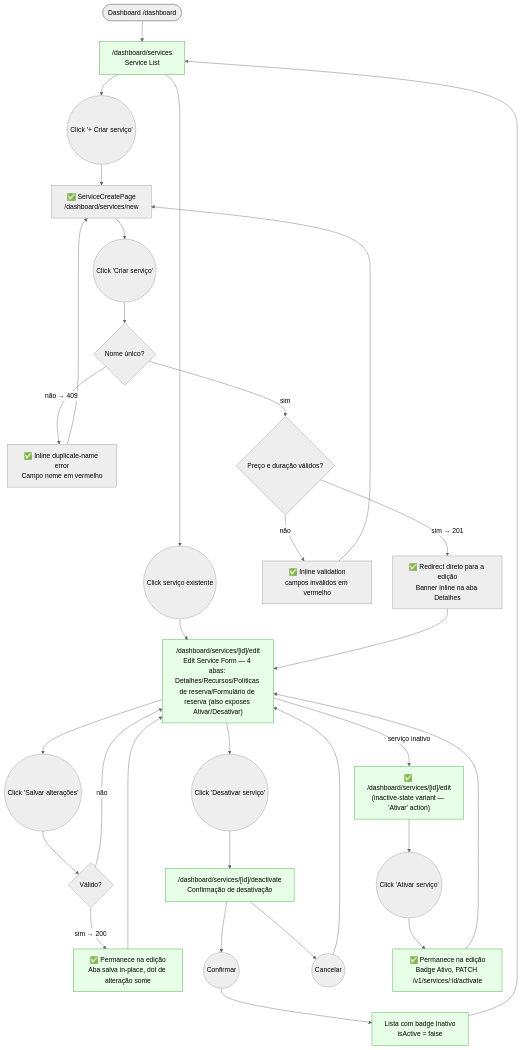
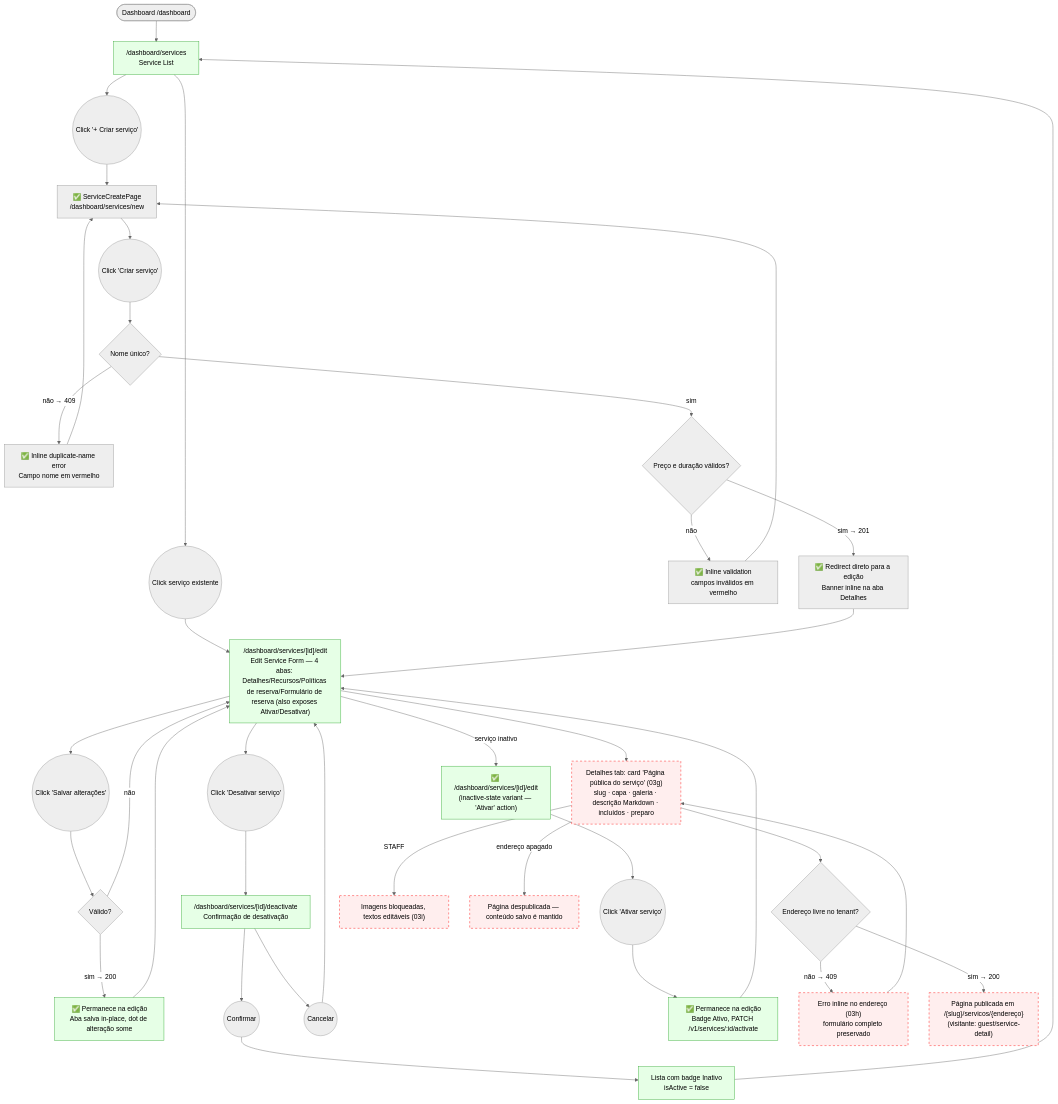
One commit to lmmoreira/ikaro changed the diagram in journeys/staff/servicos.md. Above: the diagram before and after it, drawn with Mermaid (neutral theme). The commit also changed other lines of this file and 20 other files, not shown here.

First line of the commit message:
docs(hotsite): prototype service public page and lock TD56 Story 3 after story-discovery

````diff
--- a/journeys/staff/servicos.md
+++ b/journeys/staff/servicos.md
@@ -10,47 +10,57 @@
 ```mermaid
 flowchart TD
     classDef existing fill:#e6ffe6,stroke:#3a3
     classDef gap stroke:#f00,stroke-dasharray: 5 5,fill:#fee
 
     Start(["Dashboard /dashboard"]) --> List["/dashboard/services<br/>Service List"]
 
     List --> CreateBtn(("Click '+ Criar serviço'"))
     List --> EditClick(("Click serviço existente"))
 
     %% UC-012 — Create
     CreateBtn --> CreateForm["✅ ServiceCreatePage<br/>/dashboard/services/new"]
     CreateForm --> CreateSubmit(("Click 'Criar serviço'"))
     CreateSubmit --> NameCheck{"Nome único?"}
     NameCheck -- "não → 409" --> NameError["✅ Inline duplicate-name error<br/>Campo nome em vermelho"]
     NameError --> CreateForm
     NameCheck -- "sim" --> PriceCheck{"Preço e duração válidos?"}
     PriceCheck -- "não" --> ValError["✅ Inline validation<br/>campos inválidos em vermelho"]
     ValError --> CreateForm
     PriceCheck -- "sim → 201" --> CreateSuccess["✅ Redirect direto para a edição<br/>Banner inline na aba Detalhes"]
 
     %% UC-013 — Edit
     EditClick --> EditForm["/dashboard/services/[id]/edit<br/>Edit Service Form — 4 abas: Detalhes/Recursos/Políticas de reserva/Formulário de reserva (also exposes Ativar/Desativar)"]
     EditForm --> EditSubmit(("Click 'Salvar alterações'"))
     EditSubmit --> EditCheck{"Válido?"}
     EditCheck -- "não" --> EditForm
     EditCheck -- "sim → 200" --> EditSuccess["✅ Permanece na edição<br/>Aba salva in-place, dot de alteração some"]
 
     EditForm --> DeactivateBtn(("Click 'Desativar serviço'"))
     DeactivateBtn --> DeactivateConfirm["/dashboard/services/[id]/deactivate<br/>Confirmação de desativação"]
     DeactivateConfirm --> ConfirmYes(("Confirmar"))
     DeactivateConfirm --> ConfirmNo(("Cancelar"))
     ConfirmYes --> DeactivateSuccess["Lista com badge Inativo<br/>isActive = false"]
     ConfirmNo --> EditForm
 
     %% UC-013 A4 — Reactivate (inactive service)
     EditForm -- "serviço inativo" --> InactiveEdit["✅ /dashboard/services/[id]/edit<br/>(inactive-state variant — 'Ativar' action)"]
     InactiveEdit --> ActivateBtn(("Click 'Ativar serviço'"))
     ActivateBtn --> ActivateSuccess["✅ Permanece na edição<br/>Badge Ativo, PATCH /v1/services/:id/activate"]
 
+    %% UC-013 A5 — Public service page (TD56-S03)
+    EditForm --> PublicCard["Detalhes tab: card 'Página pública do serviço' (03g)<br/>slug · capa · galeria · descrição Markdown · incluídos · preparo"]
+    PublicCard --> SlugCheck{"Endereço livre no tenant?"}
+    SlugCheck -- "não → 409" --> SlugError["Erro inline no endereço (03h)<br/>formulário completo preservado"]
+    SlugError --> PublicCard
+    SlugCheck -- "sim → 200" --> PublicLive["Página publicada em /{slug}/servicos/{endereço}<br/>(visitante: guest/service-detail)"]
+    PublicCard -- "STAFF" --> StaffLocked["Imagens bloqueadas, textos editáveis (03i)"]
+    PublicCard -- "endereço apagado" --> Unpublished["Página despublicada — conteúdo salvo é mantido"]
+
     CreateSuccess --> EditForm
     EditSuccess --> EditForm
     DeactivateSuccess --> List
     ActivateSuccess --> EditForm
 
     class List,EditForm,DeactivateConfirm,EditSuccess,DeactivateSuccess,InactiveEdit,ActivateSuccess existing
+    class PublicCard,SlugError,PublicLive,StaffLocked,Unpublished gap
 ```
````
